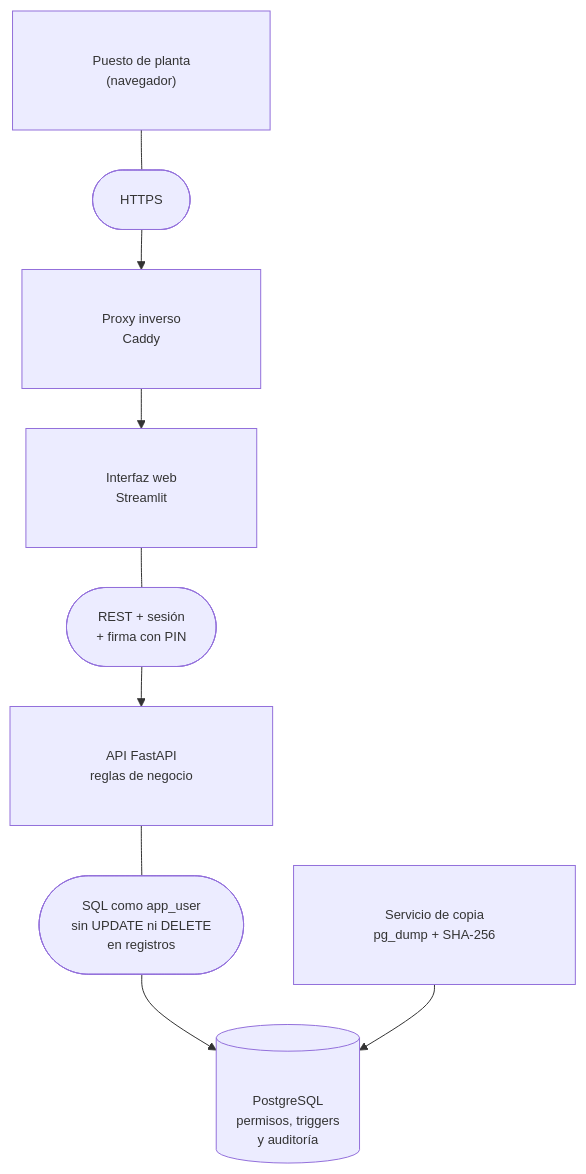
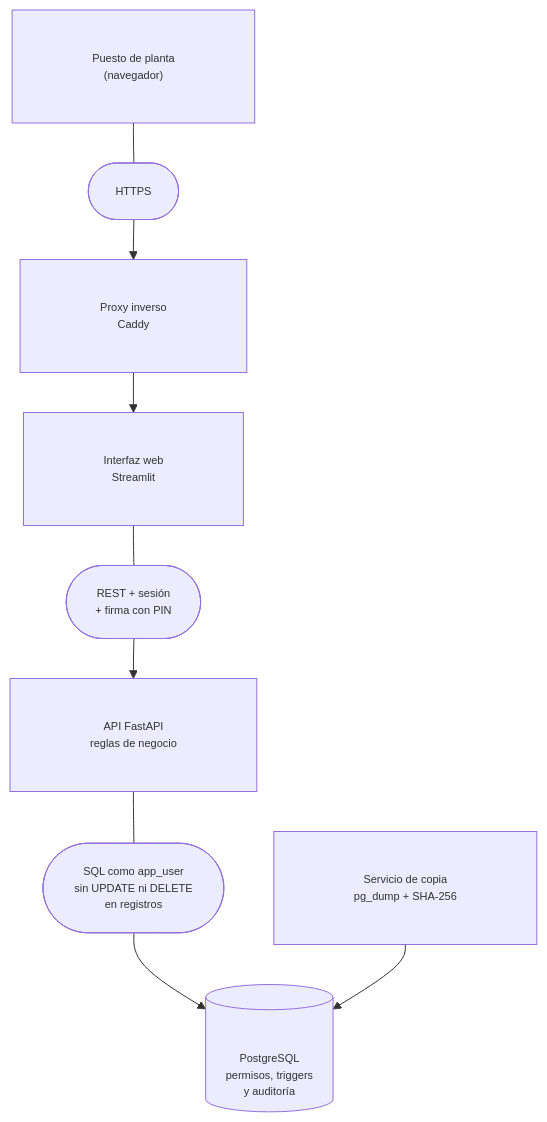
Before and after one commit to Aless-Mereu/Escaparate-Libro-Diligenciado-Digital: the diagram in README.md, drawn with Mermaid.

Commit message:
cambios estéticos menores

````diff
--- a/README.md
+++ b/README.md
@@ -63,11 +63,11 @@
 ```mermaid
-%%{init: {"themeVariables": {"fontSize": "13px", "fontFamily": "Arial, Helvetica, sans-serif"}, "flowchart": {"htmlLabels": false, "padding": 40, "nodeSpacing": 50, "rankSpacing": 40}}}%%
+%%{init: {"themeVariables": {"fontSize": "11px", "fontFamily": "Arial, Helvetica, sans-serif"}, "flowchart": {"htmlLabels": false, "padding": 40, "nodeSpacing": 50, "rankSpacing": 40}}}%%
 flowchart TD
     %% Los textos de las flechas van en cajas propias (forma redondeada):
     %% las cajas tienen fondo opaco y la flecha no las atraviesa.
     A["Puesto de planta<br/>(navegador)"] --- C1(["HTTPS"]) --> P["Proxy inverso<br/>Caddy"]
     P --> F["Interfaz web<br/>Streamlit"]
     F --- C2(["REST + sesión<br/>+ firma con PIN"]) --> B["API FastAPI<br/>reglas de negocio"]
     B --- C3(["SQL como app_user<br/>sin UPDATE ni DELETE<br/>en registros"]) --> D[("PostgreSQL<br/>permisos, triggers<br/>y auditoría")]
     K["Servicio de copia<br/>pg_dump + SHA-256"] --> D
 ```
````
